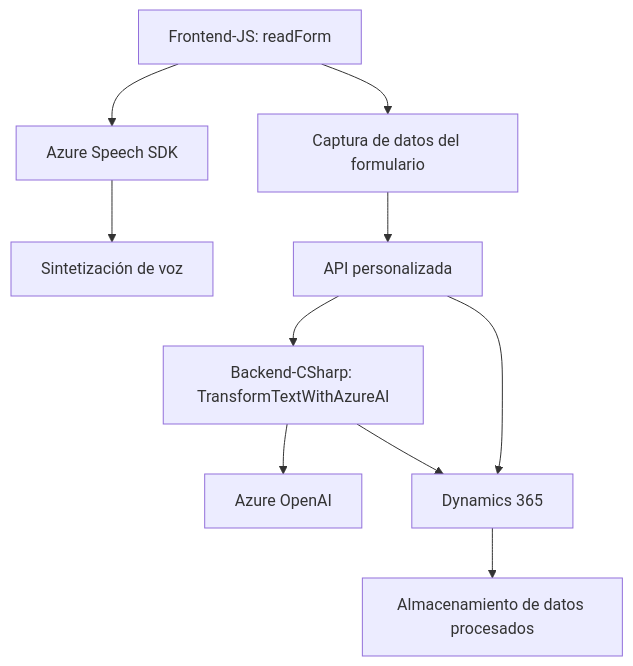
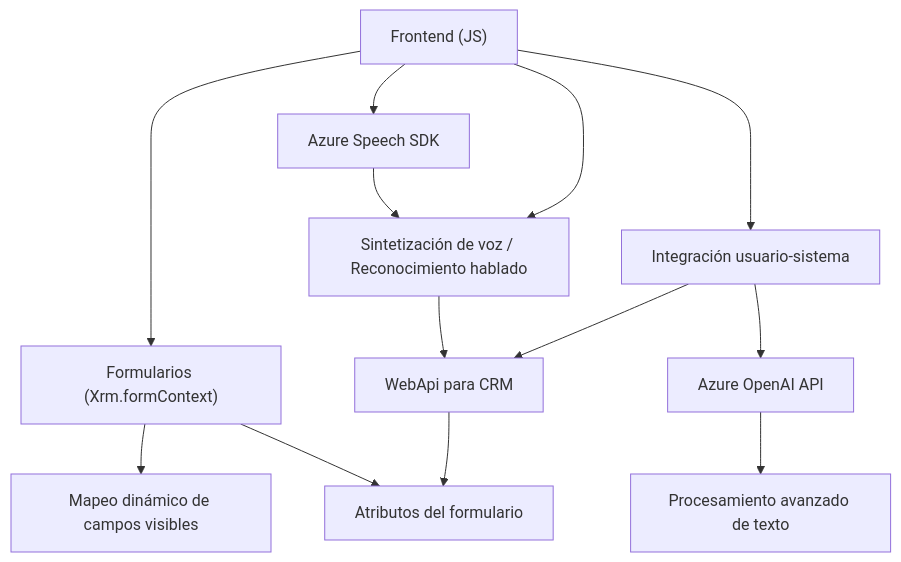
Before and after one commit to blopezdm/NETCORE_BILBAO2025: the diagram in README.md, drawn with Mermaid. The commit also changed other lines of this file, not shown here.

````diff
--- a/README.md
+++ b/README.md
@@ -56,14 +44,17 @@
-```mermaid  
-graph TD  
-    F1["Frontend-JS: readForm"] --> F2["Azure Speech SDK"]  
-    F2 --> F3["Sintetización de voz"]  
-    F1 --> F4["Captura de datos del formulario"]  
-    F4 --> F5["API personalizada"]  
-    F5 --> B1["Backend-CSharp: TransformTextWithAzureAI"]  
+```mermaid
+graph TD
+    A["Frontend (JS)"] --> B["Azure Speech SDK"]
+    A --> C["Dynamics 365 WebApi"]
+    A --> D["Formularios (Xrm.formContext)"]
+    B --> C["Sintetización de voz / Reconocimiento hablado"]
+    D --> F["Mapeo dinámico de campos visibles"]
+    
+    G["Plugins (Backend)"] --> H["Microsoft Dynamics CRM SDK"]
+    G --> I["Azure OpenAI API"]
+    H --> J["Attribute Handling en Dynamics CRM"]
+    I --> K["Procesamiento avanzado de texto"]
 
-    B1 --> A1["Azure OpenAI"]  
-    B1 --> D365["Dynamics 365"]  
-
-    F5 --> D365["Dynamics 365"]  
-    D365 --> A2["Almacenamiento de datos procesados"]  
-```  
+    A --> G["Integración usuario-sistema"]
+    C --> H["WebApi para CRM"]
+    D --> J["Atributos del formulario"]
+```
````
